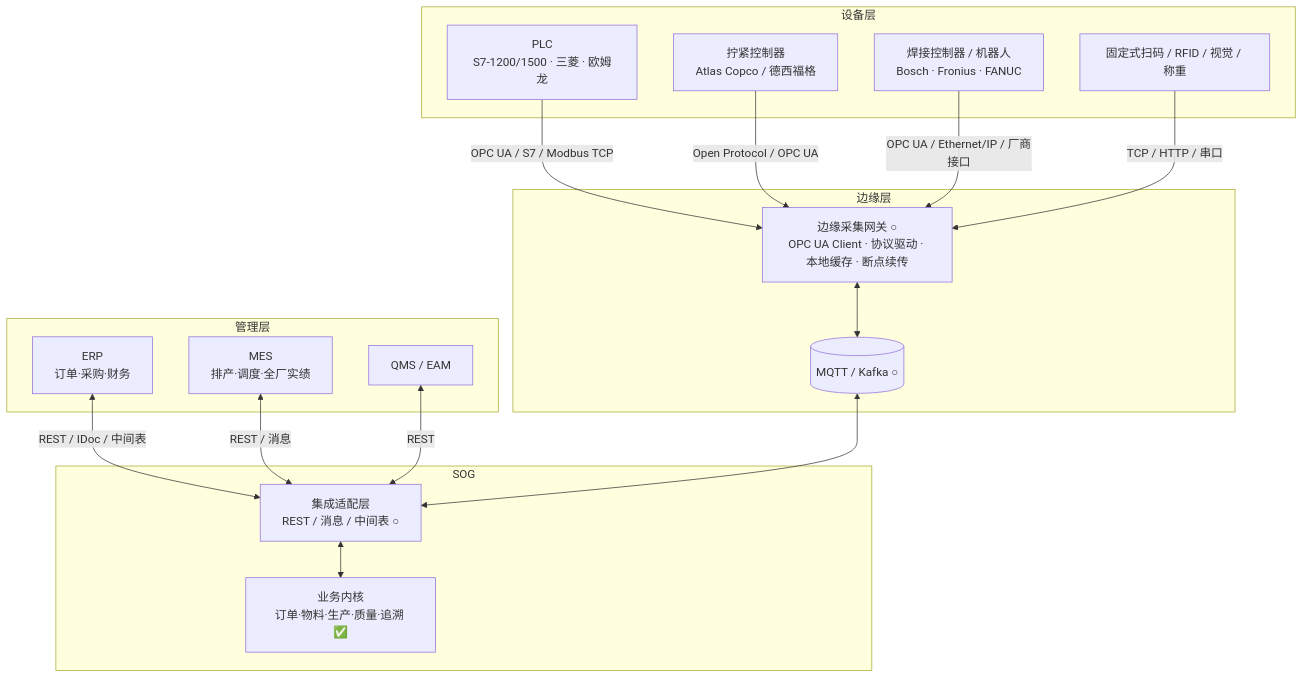
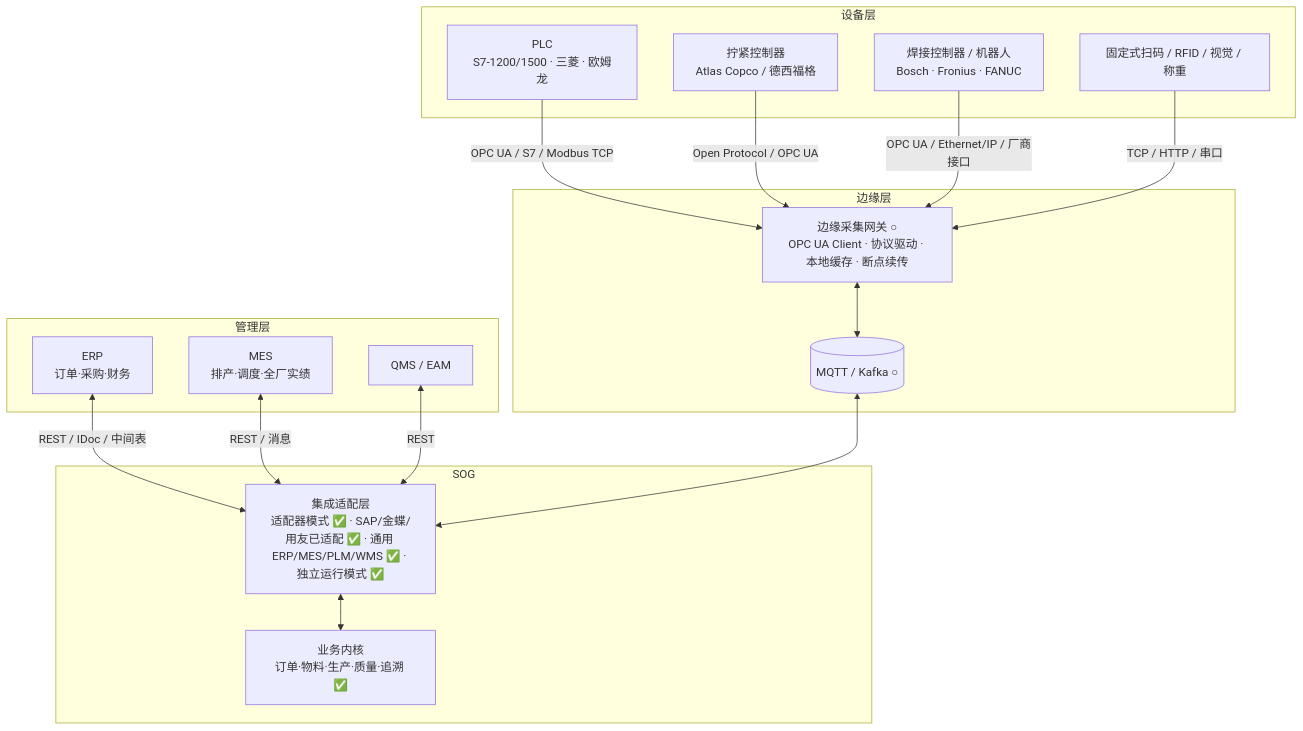
The sixth of 9 diagrams in SOG系统产品说明书.md (mfh042/SOG), drawn with Mermaid before and after one commit. The commit also changed other lines of this file and 53 other files, not shown here.

````diff
--- a/SOG系统产品说明书.md
+++ b/SOG系统产品说明书.md
@@ -1077,33 +1112,33 @@
 ```mermaid
 flowchart TB
   subgraph L4 [管理层]
     ERP[ERP<br/>订单·采购·财务]
     MES[MES<br/>排产·调度·全厂实绩]
     QMS[QMS / EAM]
   end
   subgraph L3 [SOG]
-    ADAPTER[集成适配层<br/>REST / 消息 / 中间表 ○]
+    ADAPTER[集成适配层<br/>适配器模式 ✅ · SAP/金蝶/用友已适配 ✅ · 通用 ERP/MES/PLM/WMS ✅ · 独立运行模式 ✅]
     BIZ[业务内核<br/>订单·物料·生产·质量·追溯 ✅]
   end
   subgraph L2 [边缘层]
     EDGE[边缘采集网关 ○<br/>OPC UA Client · 协议驱动 · 本地缓存 · 断点续传]
     BUS[(MQTT / Kafka ○)]
   end
   subgraph L1 [设备层]
     PLC[PLC<br/>S7-1200/1500 · 三菱 · 欧姆龙]
     TORQUE[拧紧控制器<br/>Atlas Copco / 德西福格]
     WELD[焊接控制器 / 机器人<br/>Bosch · Fronius · FANUC]
     SCAN[固定式扫码 / RFID / 视觉 / 称重]
   end
 
   ERP <-->|REST / IDoc / 中间表| ADAPTER
   MES <-->|REST / 消息| ADAPTER
   QMS <-->|REST| ADAPTER
   ADAPTER <--> BIZ
   EDGE <--> BUS
   BUS <--> ADAPTER
   PLC -->|OPC UA / S7 / Modbus TCP| EDGE
   TORQUE -->|Open Protocol / OPC UA| EDGE
   WELD -->|OPC UA / Ethernet/IP / 厂商接口| EDGE
   SCAN -->|TCP / HTTP / 串口| EDGE
 ```
````
